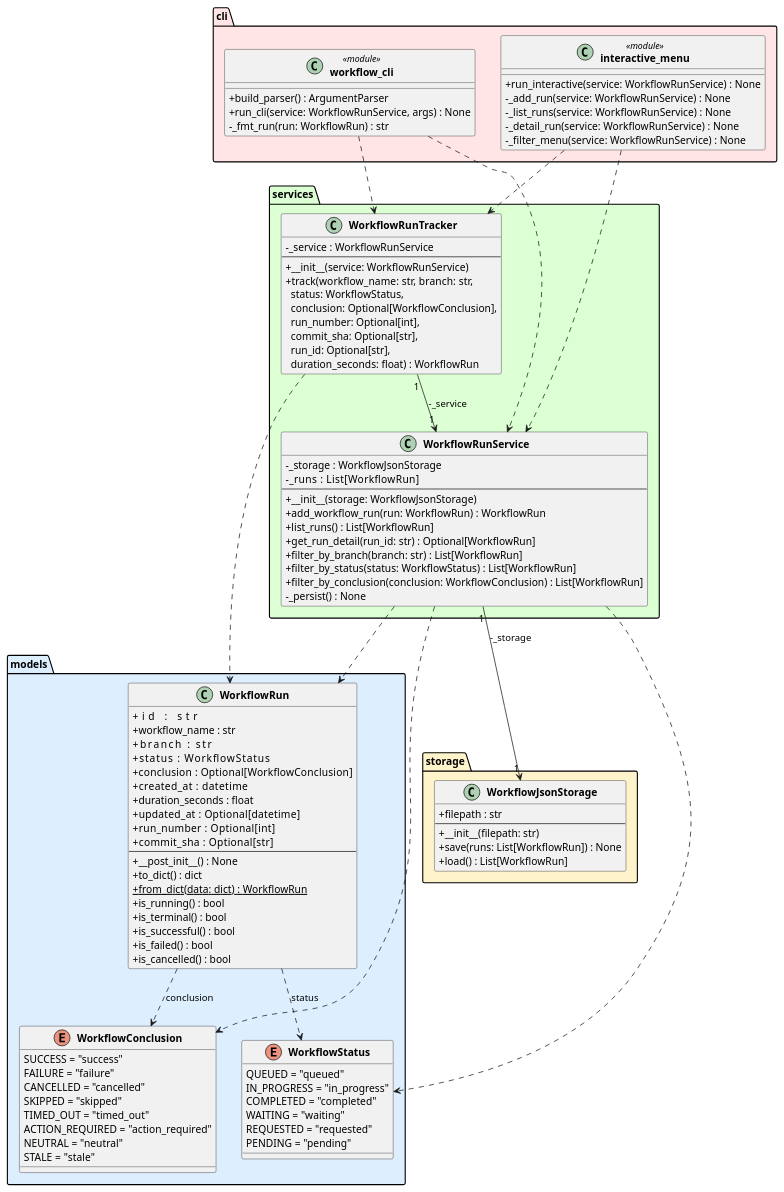
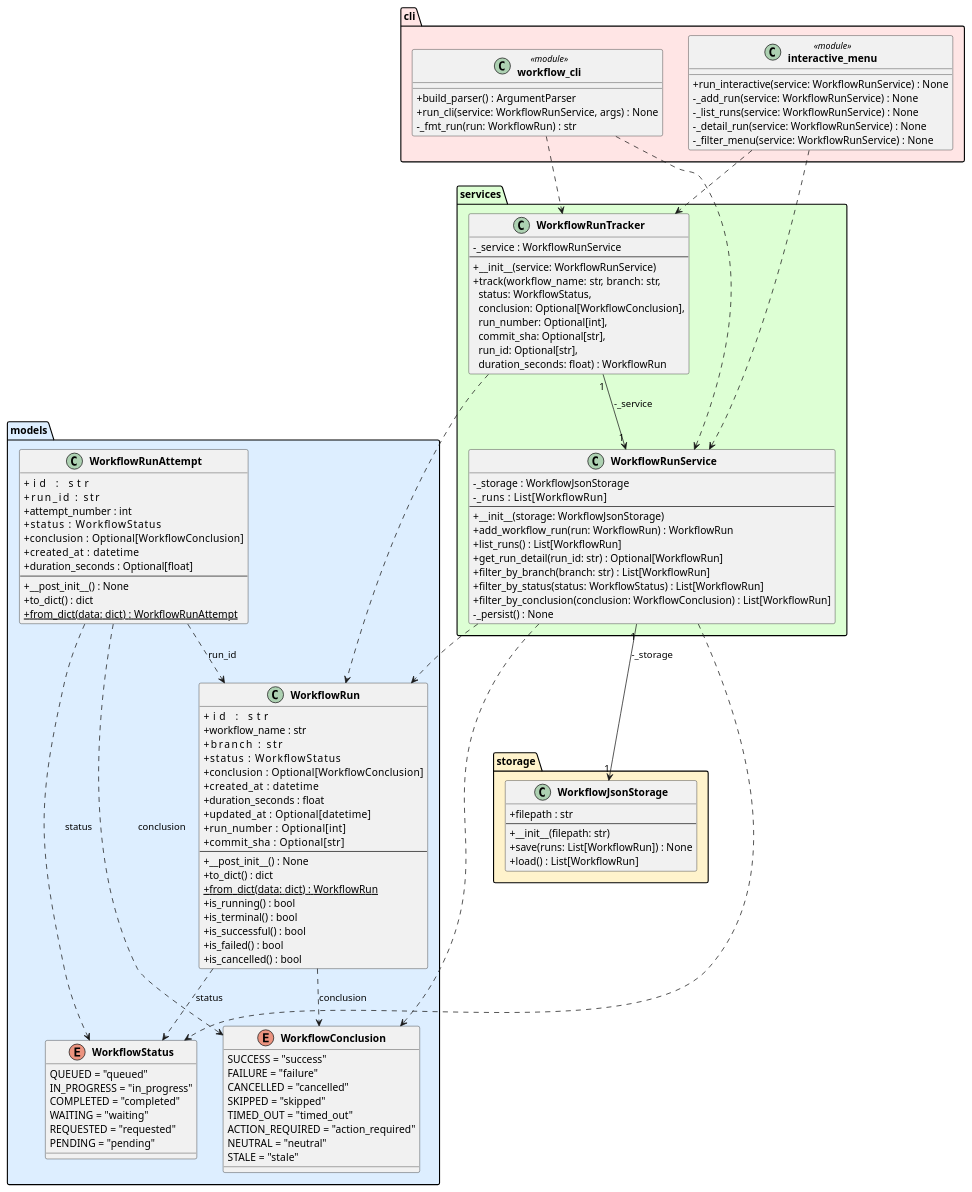
Before and after one commit to DanielRiha8906/Software_autoevolution_using_agents: the diagram in experiments/pipeline/test_driven/github-workflow-manager/artifacts/class_diagram.puml, drawn with PlantUML. The commit also changed 6 other files, not shown here.

```diff
--- a/experiments/pipeline/test_driven/github-workflow-manager/artifacts/class_diagram.puml
+++ b/experiments/pipeline/test_driven/github-workflow-manager/artifacts/class_diagram.puml
@@ -1,112 +1,129 @@
 @startuml class_diagram
 
 skinparam classAttributeIconSize 0
 skinparam classFontStyle bold
 
 package "models" #DDEEFF {
     enum WorkflowStatus {
         QUEUED = "queued"
         IN_PROGRESS = "in_progress"
         COMPLETED = "completed"
         WAITING = "waiting"
         REQUESTED = "requested"
         PENDING = "pending"
     }
 
     enum WorkflowConclusion {
         SUCCESS = "success"
         FAILURE = "failure"
         CANCELLED = "cancelled"
         SKIPPED = "skipped"
         TIMED_OUT = "timed_out"
         ACTION_REQUIRED = "action_required"
         NEUTRAL = "neutral"
         STALE = "stale"
     }
 
     class WorkflowRun {
         +id            : str
         +workflow_name : str
         +branch        : str
         +status        : WorkflowStatus
         +conclusion    : Optional[WorkflowConclusion]
         +created_at    : datetime
         +duration_seconds : float
         +updated_at    : Optional[datetime]
         +run_number    : Optional[int]
         +commit_sha    : Optional[str]
         --
         +__post_init__() : None
         +to_dict() : dict
         +{static} from_dict(data: dict) : WorkflowRun
         +is_running() : bool
         +is_terminal() : bool
         +is_successful() : bool
         +is_failed() : bool
         +is_cancelled() : bool
+    }
+
+    class WorkflowRunAttempt {
+        +id            : str
+        +run_id        : str
+        +attempt_number : int
+        +status        : WorkflowStatus
+        +conclusion    : Optional[WorkflowConclusion]
+        +created_at    : datetime
+        +duration_seconds : Optional[float]
+        --
+        +__post_init__() : None
+        +to_dict() : dict
+        +{static} from_dict(data: dict) : WorkflowRunAttempt
     }
 }
 
 package "storage" #FFF3CC {
     class WorkflowJsonStorage {
         +filepath : str
         --
         +__init__(filepath: str)
         +save(runs: List[WorkflowRun]) : None
         +load() : List[WorkflowRun]
     }
 }
 
 package "services" #DDFFD4 {
     class WorkflowRunService {
         -_storage : WorkflowJsonStorage
         -_runs    : List[WorkflowRun]
         --
         +__init__(storage: WorkflowJsonStorage)
         +add_workflow_run(run: WorkflowRun) : WorkflowRun
         +list_runs() : List[WorkflowRun]
         +get_run_detail(run_id: str) : Optional[WorkflowRun]
         +filter_by_branch(branch: str) : List[WorkflowRun]
         +filter_by_status(status: WorkflowStatus) : List[WorkflowRun]
         +filter_by_conclusion(conclusion: WorkflowConclusion) : List[WorkflowRun]
         -_persist() : None
     }
 
     class WorkflowRunTracker {
         -_service : WorkflowRunService
         --
         +__init__(service: WorkflowRunService)
         +track(workflow_name: str, branch: str,\n  status: WorkflowStatus,\n  conclusion: Optional[WorkflowConclusion],\n  run_number: Optional[int],\n  commit_sha: Optional[str],\n  run_id: Optional[str],\n  duration_seconds: float) : WorkflowRun
     }
 }
 
 package "cli" #FFE5E5 {
     class "workflow_cli" <<module>> {
         +build_parser() : ArgumentParser
         +run_cli(service: WorkflowRunService, args) : None
         -_fmt_run(run: WorkflowRun) : str
     }
 
     class "interactive_menu" <<module>> {
         +run_interactive(service: WorkflowRunService) : None
         -_add_run(service: WorkflowRunService) : None
         -_list_runs(service: WorkflowRunService) : None
         -_detail_run(service: WorkflowRunService) : None
         -_filter_menu(service: WorkflowRunService) : None
     }
 }
 
 WorkflowRun                ..>  WorkflowStatus        : status
 WorkflowRun                ..>  WorkflowConclusion    : conclusion
+WorkflowRunAttempt         ..>  WorkflowRun           : run_id
+WorkflowRunAttempt         ..>  WorkflowStatus        : status
+WorkflowRunAttempt         ..>  WorkflowConclusion    : conclusion
 WorkflowRunService    "1" --> "1" WorkflowJsonStorage : -_storage
 WorkflowRunService         ..>  WorkflowRun
 WorkflowRunService         ..>  WorkflowStatus
 WorkflowRunService         ..>  WorkflowConclusion
 WorkflowRunTracker    "1" --> "1" WorkflowRunService  : -_service
 WorkflowRunTracker         ..>  WorkflowRun
 "workflow_cli"             ..>  WorkflowRunService
 "workflow_cli"             ..>  WorkflowRunTracker
 "interactive_menu"         ..>  WorkflowRunService
 "interactive_menu"         ..>  WorkflowRunTracker
 
 @enduml
```
